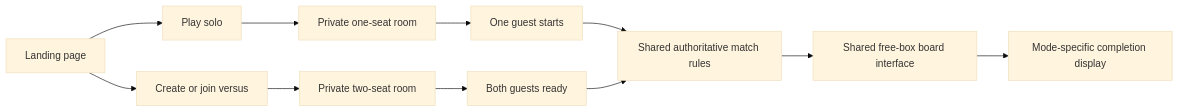
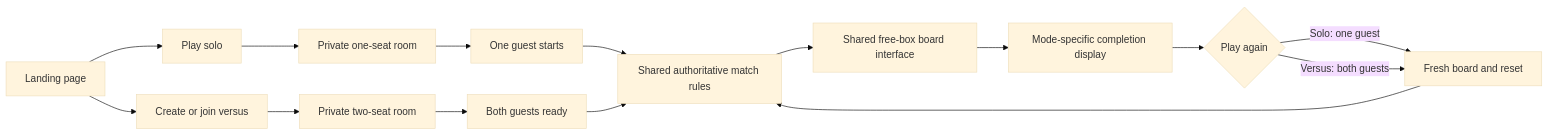
Before and after one commit to matthew-ngzc/fruit-box: the diagram in docs/solo-play.md, drawn with Mermaid (base theme). The commit also changed other lines of this file and 24 other files, not shown here.

````diff
--- a/docs/solo-play.md
+++ b/docs/solo-play.md
@@ -15,13 +15,17 @@
 ```mermaid
 flowchart LR
     Lobby[Landing page] --> Solo[Play solo]
     Solo --> Seat[Private one-seat room]
     Seat --> Start[One guest starts]
     Start --> Match[Shared authoritative match rules]
     Lobby --> Versus[Create or join versus]
     Versus --> Pair[Private two-seat room]
     Pair --> Ready[Both guests ready]
     Ready --> Match
     Match --> View[Shared free-box board interface]
     View --> Result[Mode-specific completion display]
+    Result --> Replay{Play again}
+    Replay -->|Solo: one guest| Fresh[Fresh board and reset]
+    Replay -->|Versus: both guests| Fresh
+    Fresh --> Match
 ```
````
